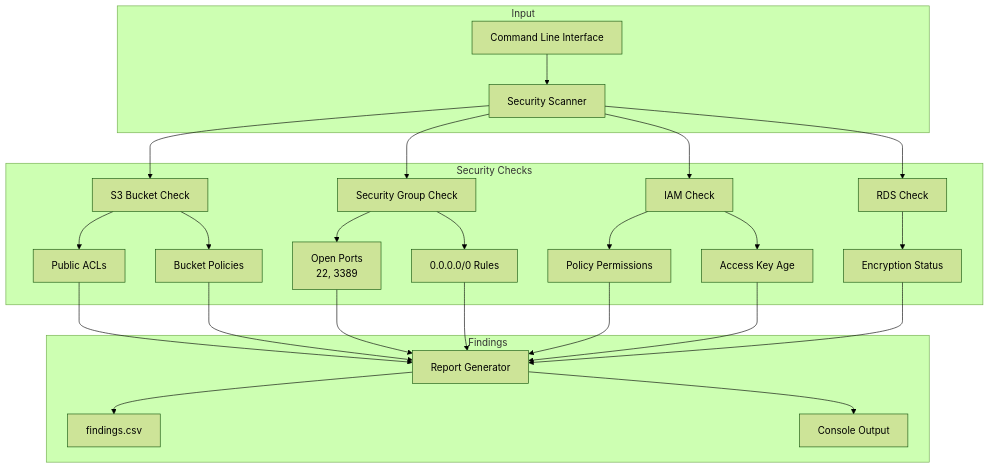
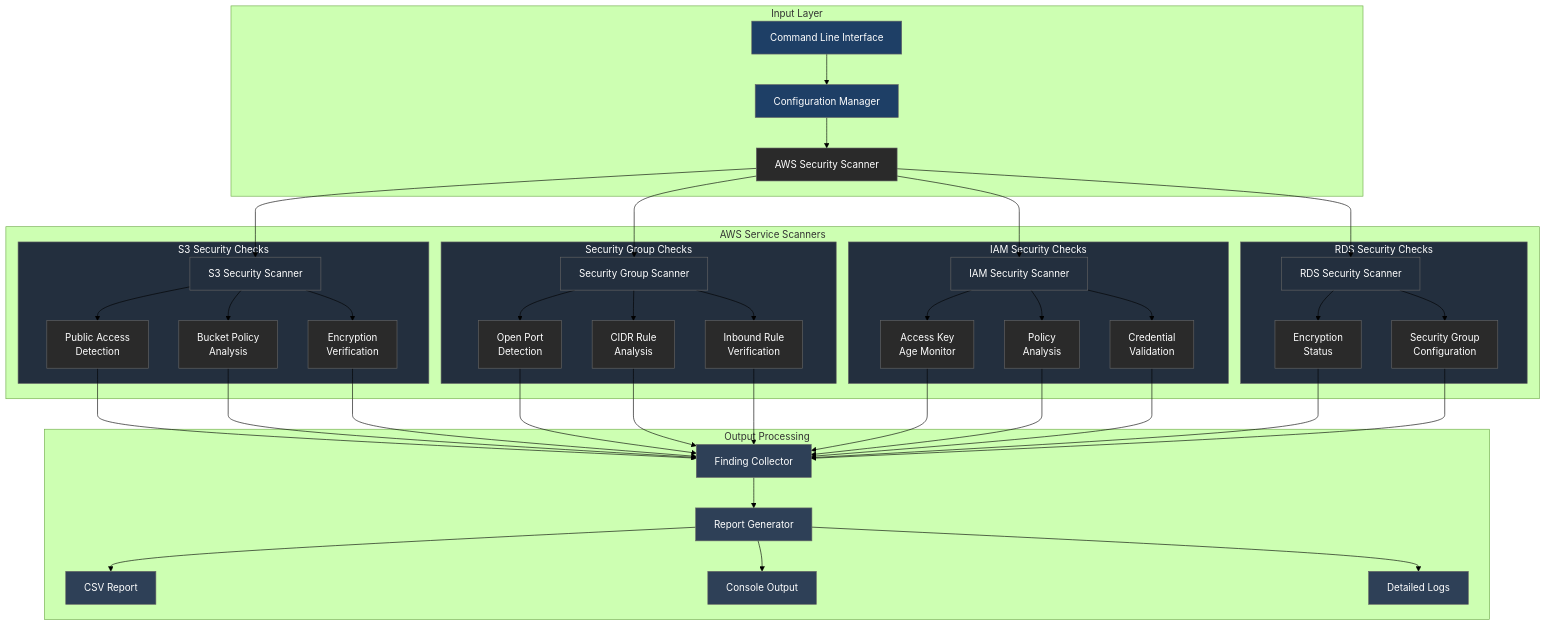
One commit to moelhaj996/Automated-AWS-Security-Scanner changed the second of 2 diagrams in README.md. Above: the diagram before and after it, drawn with Mermaid (forest theme). The commit also changed other lines of this file, not shown here.

````diff
--- a/README.md
+++ b/README.md
@@ -193,34 +195,60 @@
 ```mermaid
-graph TB
-    subgraph Input
-        CLI[Command Line Interface] --> Scanner[Security Scanner]
+flowchart TB
+    subgraph Input ["Input Layer"]
+        CLI[Command Line Interface]
+        Config[Configuration Manager]
+        CLI --> Config
+        Config --> Scanner[AWS Security Scanner]
     end
 
-    subgraph "Security Checks"
-        Scanner --> S3[S3 Bucket Check]
-        Scanner --> SG[Security Group Check]
-        Scanner --> IAM[IAM Check]
-        Scanner --> RDS[RDS Check]
+    subgraph AWS_Services ["AWS Service Scanners"]
+        Scanner --> S3[S3 Security Scanner]
+        Scanner --> SG[Security Group Scanner]
+        Scanner --> IAM[IAM Security Scanner]
+        Scanner --> RDS[RDS Security Scanner]
 
-        S3 --> S3_1[Public ACLs]
-        S3 --> S3_2[Bucket Policies]
-        
-        SG --> SG_1[Open Ports<br>22, 3389]
-        SG --> SG_2[0.0.0.0/0 Rules]
-        
-        IAM --> IAM_1[Policy Permissions]
-        IAM --> IAM_2[Access Key Age]
-        
-        RDS --> RDS_1[Encryption Status]
+        subgraph S3_Checks ["S3 Security Checks"]
+            S3 --> S3_1[Public Access<br/>Detection]
+            S3 --> S3_2[Bucket Policy<br/>Analysis]
+            S3 --> S3_3[Encryption<br/>Verification]
+        end
+
+        subgraph SG_Checks ["Security Group Checks"]
+            SG --> SG_1[Open Port<br/>Detection]
+            SG --> SG_2[CIDR Rule<br/>Analysis]
+            SG --> SG_3[Inbound Rule<br/>Verification]
+        end
+
+        subgraph IAM_Checks ["IAM Security Checks"]
+            IAM --> IAM_1[Access Key<br/>Age Monitor]
+            IAM --> IAM_2[Policy<br/>Analysis]
+            IAM --> IAM_3[Credential<br/>Validation]
+        end
+
+        subgraph RDS_Checks ["RDS Security Checks"]
+            RDS --> RDS_1[Encryption<br/>Status]
+            RDS --> RDS_2[Security Group<br/>Configuration]
+        end
     end
 
-    subgraph "Findings"
-        S3_1 & S3_2 --> Report[Report Generator]
-        SG_1 & SG_2 --> Report
-        IAM_1 & IAM_2 --> Report
-        RDS_1 --> Report
-        
-        Report --> CSV[findings.csv]
-        Report --> Console[Console Output]
+    subgraph Output ["Output Processing"]
+        S3_1 & S3_2 & S3_3 --> Collector[Finding Collector]
+        SG_1 & SG_2 & SG_3 --> Collector
+        IAM_1 & IAM_2 & IAM_3 --> Collector
+        RDS_1 & RDS_2 --> Collector
+
+        Collector --> Reporter[Report Generator]
+        Reporter --> CSV[CSV Report]
+        Reporter --> Console[Console Output]
+        Reporter --> Logger[Detailed Logs]
     end
+
+    classDef default fill:#2A2A2A,stroke:#666,color:#fff
+    classDef input fill:#1E3F66,stroke:#666,color:#fff
+    classDef aws fill:#232F3E,stroke:#666,color:#fff
+    classDef output fill:#2E4057,stroke:#666,color:#fff
+    
+    class CLI,Config input
+    class S3,SG,IAM,RDS,S3_Checks,SG_Checks,IAM_Checks,RDS_Checks aws
+    class Collector,Reporter,CSV,Console,Logger output
 ```
````
